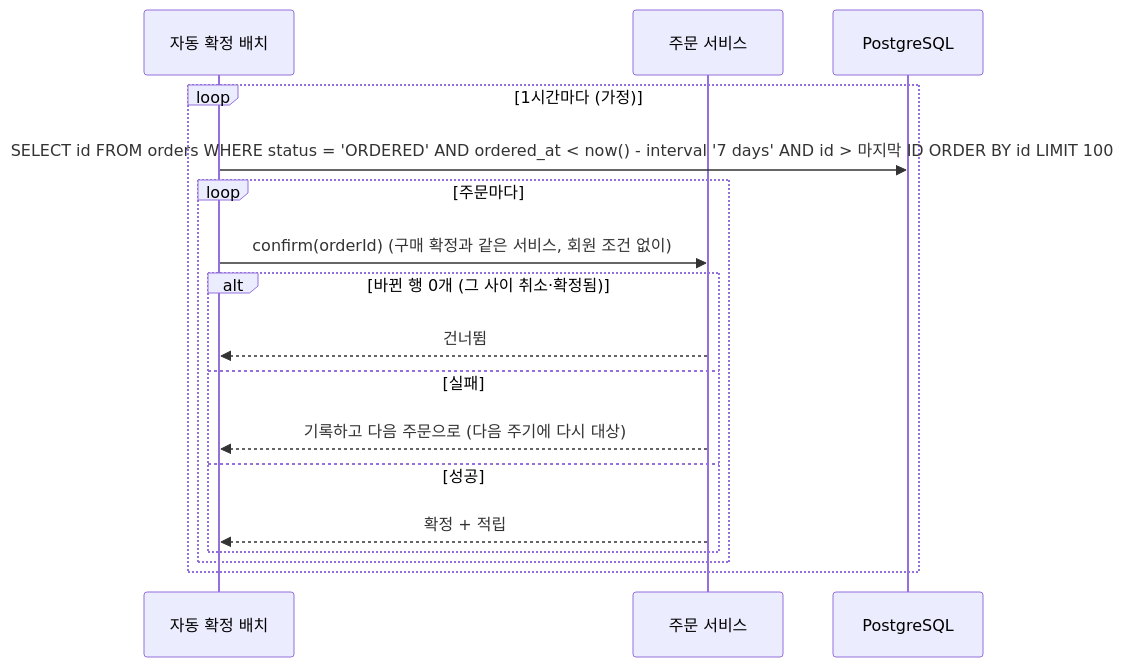
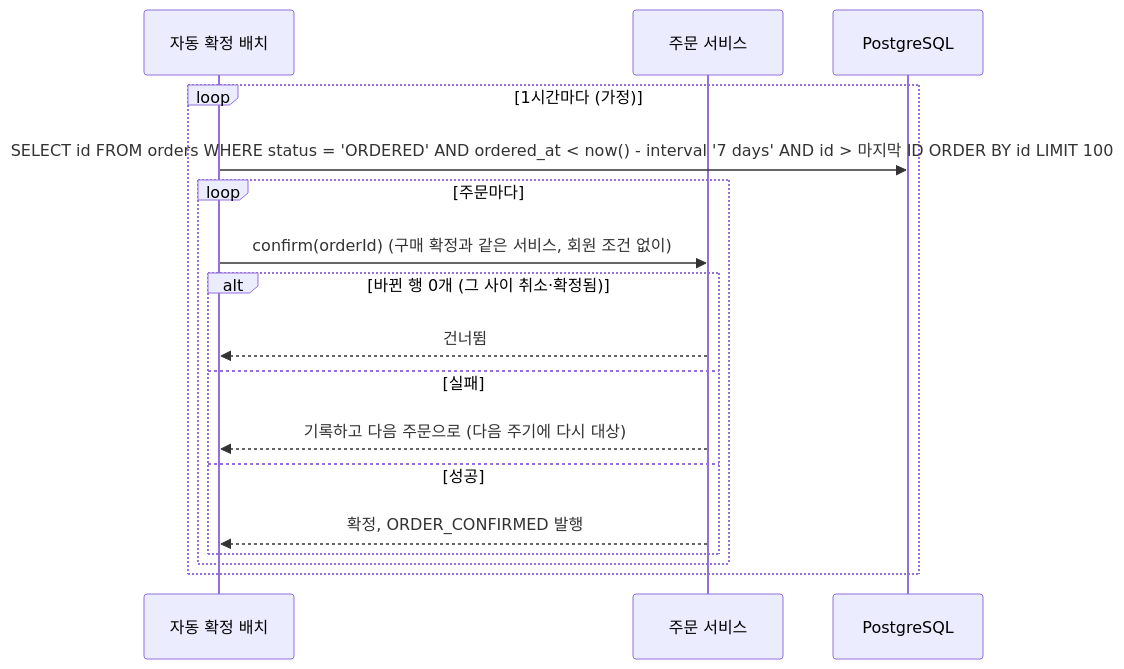
The ninth of 9 diagrams in docs/features/order/flows.md (KAPUIST/flash-gate), drawn with Mermaid before and after one commit. The commit also changed other lines of this file and 25 other files, not shown here.

````diff
--- a/docs/features/order/flows.md
+++ b/docs/features/order/flows.md
@@ -295,20 +375,20 @@
 ```mermaid
 sequenceDiagram
     participant B as 자동 확정 배치
     participant O as 주문 서비스
     participant DB as PostgreSQL
 
     loop 1시간마다 (가정)
         B->>DB: SELECT id FROM orders WHERE status = 'ORDERED' AND ordered_at < now() - interval '7 days' AND id > 마지막 ID ORDER BY id LIMIT 100
         loop 주문마다
             B->>O: confirm(orderId) (구매 확정과 같은 서비스, 회원 조건 없이)
             alt 바뀐 행 0개 (그 사이 취소·확정됨)
                 O-->>B: 건너뜀
             else 실패
                 O-->>B: 기록하고 다음 주문으로 (다음 주기에 다시 대상)
             else 성공
-                O-->>B: 확정 + 적립
+                O-->>B: 확정, ORDER_CONFIRMED 발행
             end
         end
     end
 ```
````
